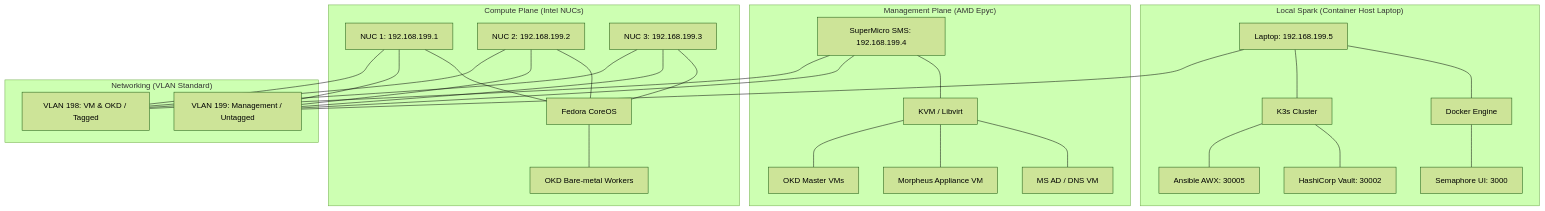
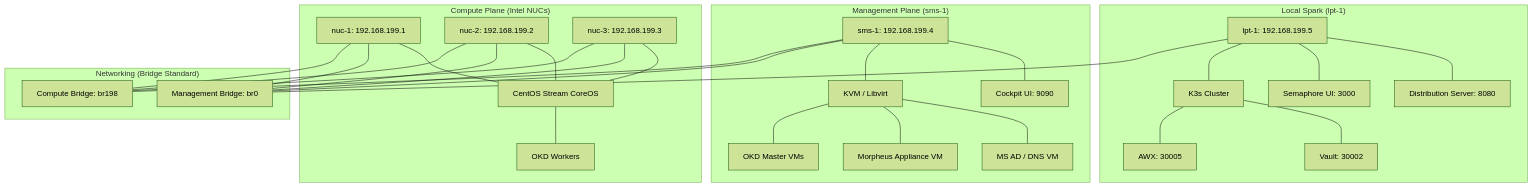
The diagram in README.md (RightClickScript/okd-lab), drawn with Mermaid (forest theme) before and after one commit. The commit also changed other lines of this file and 11 other files, not shown here.

````diff
--- a/README.md
+++ b/README.md
@@ -7,34 +7,35 @@
 ```mermaid
 graph TD
-    subgraph "Local Spark (Container Host Laptop)"
-        LPT[Laptop: 192.168.199.5]
-        LPT --- DOCKER[Docker Engine]
+    subgraph "Local Spark (lpt-1)"
+        LPT[lpt-1: 192.168.199.5]
+        LPT --- DIST[Distribution Server: 8080]
+        LPT --- SEM[Semaphore UI: 3000]
         LPT --- K3S[K3s Cluster]
-        DOCKER --- SEM[Semaphore UI: 3000]
-        K3S --- VLT[HashiCorp Vault: 30002]
-        K3S --- AWX[Ansible AWX: 30005]
+        K3S --- VLT[Vault: 30002]
+        K3S --- AWX[AWX: 30005]
     end
 
-    subgraph "Management Plane (AMD Epyc)"
-        SMS[SuperMicro SMS: 192.168.199.4]
+    subgraph "Management Plane (sms-1)"
+        SMS[sms-1: 192.168.199.4]
+        SMS --- COCKPIT[Cockpit UI: 9090]
         SMS --- KVM[KVM / Libvirt]
         KVM --- AD[MS AD / DNS VM]
         KVM --- MORPH[Morpheus Appliance VM]
         KVM --- OKD_M[OKD Master VMs]
     end
 
     subgraph "Compute Plane (Intel NUCs)"
-        NUC1[NUC 1: 192.168.199.1]
-        NUC2[NUC 2: 192.168.199.2]
-        NUC3[NUC 3: 192.168.199.3]
-        NUC1 & NUC2 & NUC3 --- FCOS[Fedora CoreOS]
-        FCOS --- OKD_W[OKD Bare-metal Workers]
+        NUC1[nuc-1: 192.168.199.1]
+        NUC2[nuc-2: 192.168.199.2]
+        NUC3[nuc-3: 192.168.199.3]
+        NUC1 & NUC2 & NUC3 --- SCOS[CentOS Stream CoreOS]
+        SCOS --- OKD_W[OKD Workers]
     end
 
-    subgraph "Networking (VLAN Standard)"
-        V199[VLAN 199: Management / Untagged]
-        V198[VLAN 198: VM & OKD / Tagged]
+    subgraph "Networking (Bridge Standard)"
+        V199[Management Bridge: br0]
+        V198[Compute Bridge: br198]
         LPT & SMS & NUC1 & NUC2 & NUC3 --- V199
         SMS & NUC1 & NUC2 & NUC3 --- V198
     end
 ```
````
